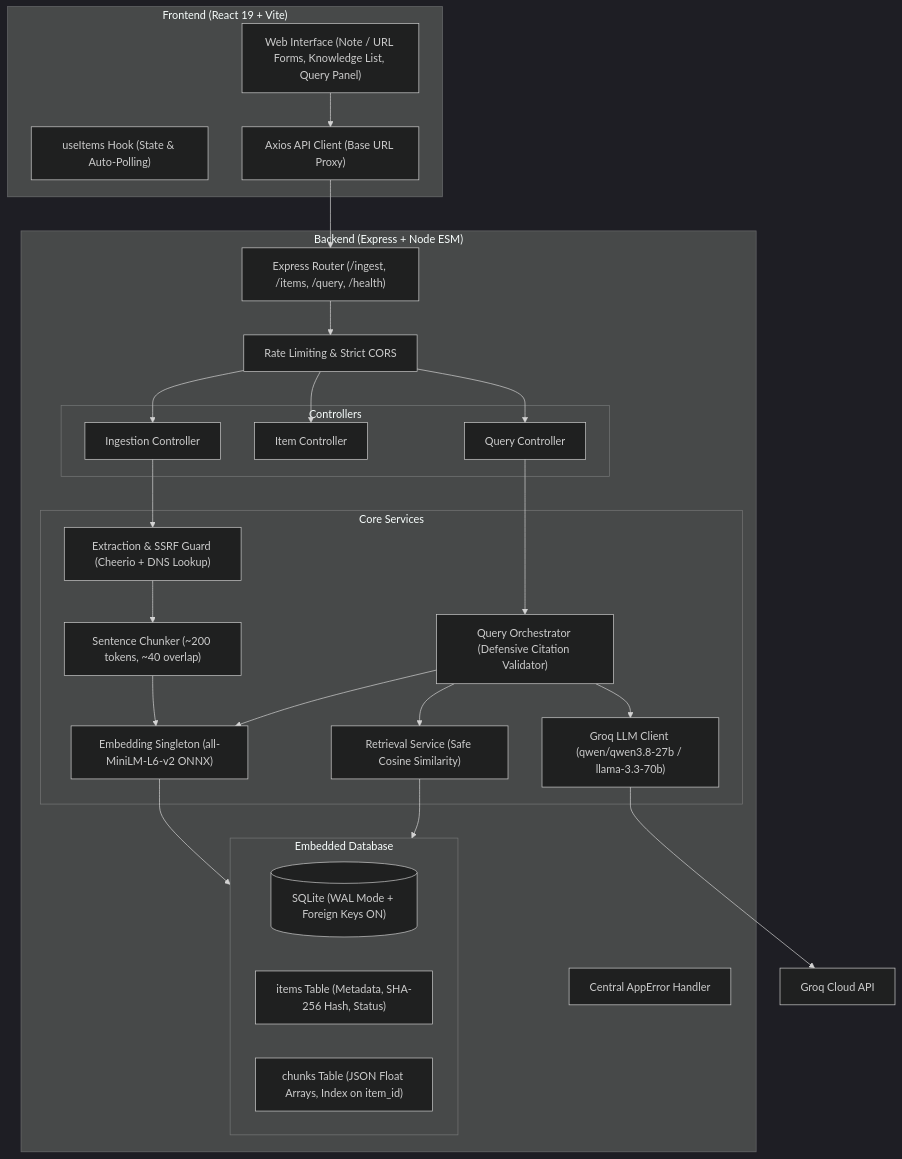
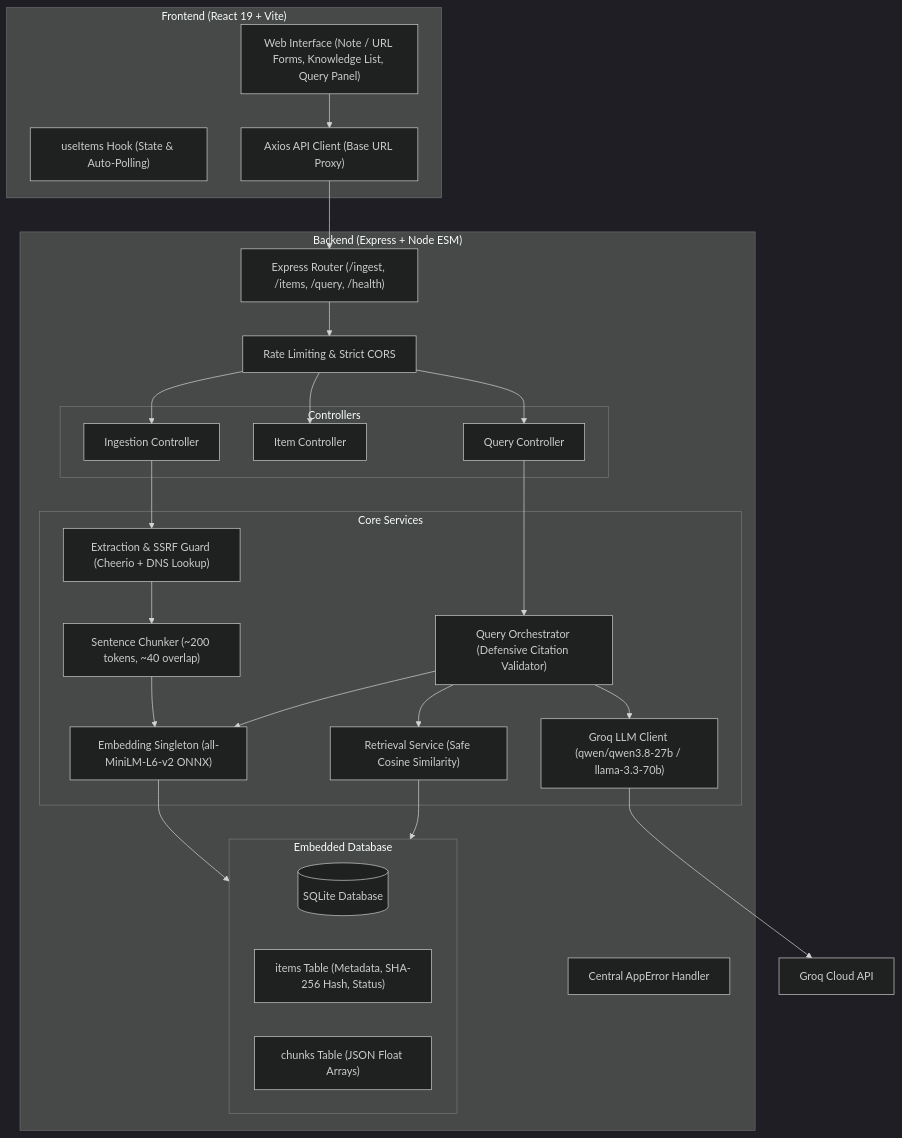
One commit to BhaskaraRao-Aerupilli/ai-knowledge-inbox changed the first of 2 diagrams in README.md. Above: the diagram before and after it, drawn with Mermaid (dark theme). The commit also changed other lines of this file, not shown here.

Commit message:
docs: fix Mermaid sequence diagram syntax for GitHub markdown renderer

````diff
--- a/README.md
+++ b/README.md
@@ -43,54 +43,54 @@
 ```mermaid
 flowchart TD
     subgraph Client ["Frontend (React 19 + Vite)"]
         UI["Web Interface (Note / URL Forms, Knowledge List, Query Panel)"]
         Hook["useItems Hook (State & Auto-Polling)"]
         API["Axios API Client (Base URL Proxy)"]
     end
 
     subgraph Server ["Backend (Express + Node ESM)"]
         Router["Express Router (/ingest, /items, /query, /health)"]
         Limiter["Rate Limiting & Strict CORS"]
         ErrorHandler["Central AppError Handler"]
         
         subgraph Controllers ["Controllers"]
             IngestCtrl["Ingestion Controller"]
             ItemCtrl["Item Controller"]
             QueryCtrl["Query Controller"]
         end
 
         subgraph Services ["Core Services"]
             ExtractSvc["Extraction & SSRF Guard (Cheerio + DNS Lookup)"]
             ChunkSvc["Sentence Chunker (~200 tokens, ~40 overlap)"]
             EmbedSvc["Embedding Singleton (all-MiniLM-L6-v2 ONNX)"]
             RetrieveSvc["Retrieval Service (Safe Cosine Similarity)"]
             LlmSvc["Groq LLM Client (qwen/qwen3.8-27b / llama-3.3-70b)"]
             QuerySvc["Query Orchestrator (Defensive Citation Validator)"]
         end
 
         subgraph Storage ["Embedded Database"]
-            DB[("SQLite (WAL Mode + Foreign Keys ON)")]
+            DB[("SQLite Database")]
             ItemsTable["items Table (Metadata, SHA-256 Hash, Status)"]
-            ChunksTable["chunks Table (JSON Float Arrays, Index on item_id)"]
+            ChunksTable["chunks Table (JSON Float Arrays)"]
         end
     end
 
     UI --> API
     API --> Router
     Router --> Limiter
     Limiter --> IngestCtrl
     Limiter --> ItemCtrl
     Limiter --> QueryCtrl
 
     IngestCtrl --> ExtractSvc
     ExtractSvc --> ChunkSvc
     ChunkSvc --> EmbedSvc
     EmbedSvc --> Storage
 
     QueryCtrl --> QuerySvc
     QuerySvc --> EmbedSvc
     QuerySvc --> RetrieveSvc
     RetrieveSvc --> Storage
     QuerySvc --> LlmSvc
     LlmSvc --> GroqCloud["Groq Cloud API"]
 ```
````
